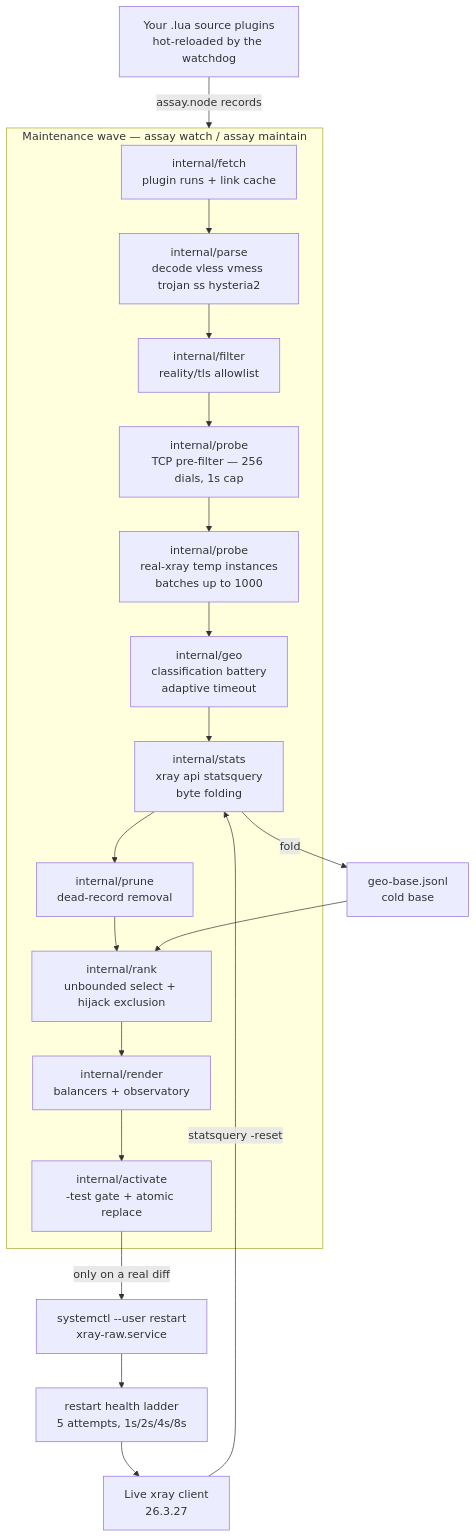
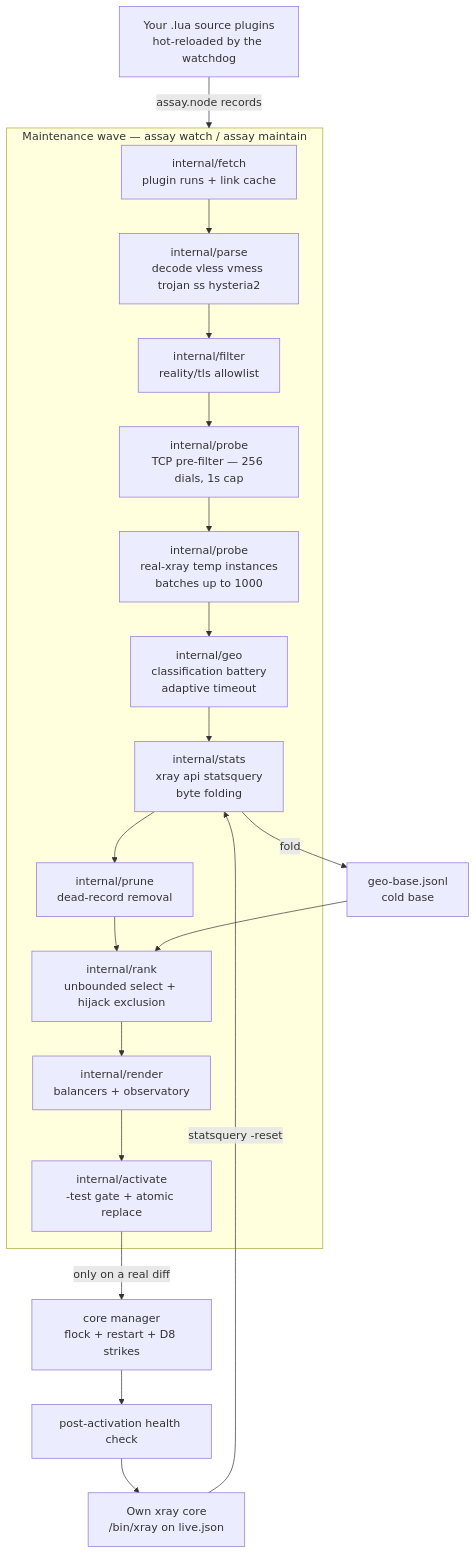
One commit to 4q4r/assay changed the diagram in README.md. Above: the diagram before and after it, drawn with Mermaid. The commit also changed other lines of this file and 75 other files, not shown here.

First line of the commit message:
feat: self-held core — assay owns its xray process and proxies

````diff
--- a/README.md
+++ b/README.md
@@ -51,26 +51,26 @@
 ```mermaid
 flowchart TB
     Src["Your .lua source plugins\nhot-reloaded by the watchdog"] -->|"assay.node records"| Pipeline
 
     subgraph Pipeline["Maintenance wave — assay watch / assay maintain"]
       Fetch["internal/fetch\nplugin runs + link cache"]
       Parse["internal/parse\ndecode vless vmess trojan ss hysteria2"]
       Filter["internal/filter\nreality/tls allowlist"]
       Prefilter["internal/probe\nTCP pre-filter — 256 dials, 1s cap"]
       Probe["internal/probe\nreal-xray temp instances\nbatches up to 1000"]
       Geo["internal/geo\nclassification battery\nadaptive timeout"]
       Stats["internal/stats\nxray api statsquery\nbyte folding"]
       Prune["internal/prune\ndead-record removal"]
       Rank["internal/rank\nunbounded select + hijack exclusion"]
       Render["internal/render\nbalancers + observatory"]
       Activate["internal/activate\n-test gate + atomic replace"]
       Fetch --> Parse --> Filter --> Prefilter --> Probe --> Geo --> Stats --> Prune --> Rank --> Render --> Activate
     end
 
-    Activate -->|"only on a real diff"| Systemd["systemctl --user restart\nxray-raw.service"]
-    Systemd --> Health["restart health ladder\n5 attempts, 1s/2s/4s/8s"]
-    Health --> Client["Live xray client\n26.3.27"]
+    Activate -->|"only on a real diff"| Core["core manager\nflock + restart + D8 strikes"]
+    Core --> Health["post-activation health check"]
+    Health --> Client["Own xray core\n<data>/bin/xray on live.json"]
     Client -->|"statsquery -reset"| Stats
     Stats -->|"fold"| ColdBase["geo-base.jsonl\ncold base"]
     ColdBase --> Rank
 ```
````
